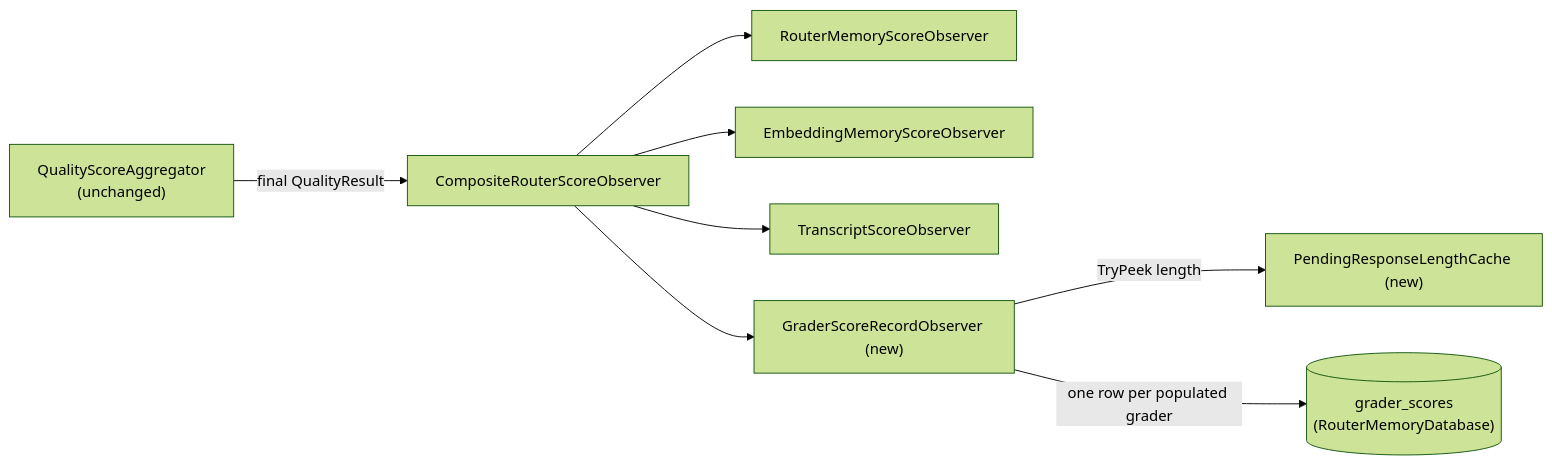
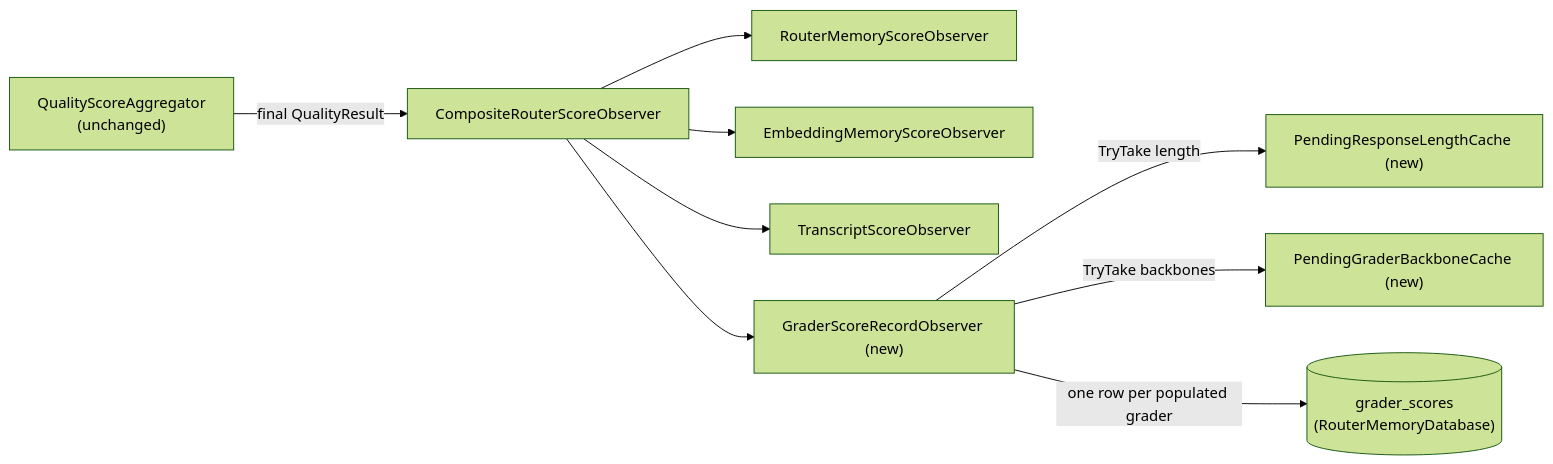
Before and after one commit to davidpizon/TotallyHot-ArcRouter: the diagram in docs/router/grader-reliability-plan.md, drawn with Mermaid (forest theme). The commit also changed other lines of this file and 6 other files, not shown here.

````diff
--- a/docs/router/grader-reliability-plan.md
+++ b/docs/router/grader-reliability-plan.md
@@ -126,10 +129,11 @@
 ```mermaid
 flowchart LR
     QSA["QualityScoreAggregator<br/>(unchanged)"] -->|"final QualityResult"| CRSO[CompositeRouterScoreObserver]
     CRSO --> RMSO[RouterMemoryScoreObserver]
     CRSO --> EMSO[EmbeddingMemoryScoreObserver]
     CRSO --> TSO[TranscriptScoreObserver]
     CRSO --> GSRO["GraderScoreRecordObserver (new)"]
-    GSRO -->|"TryPeek length"| PRLC["PendingResponseLengthCache (new)"]
+    GSRO -->|"TryTake length"| PRLC["PendingResponseLengthCache (new)"]
+    GSRO -->|"TryTake backbones"| PGBC["PendingGraderBackboneCache (new)"]
     GSRO -->|"one row per populated grader"| DB[("grader_scores<br/>(RouterMemoryDatabase)")]
 ```
````
